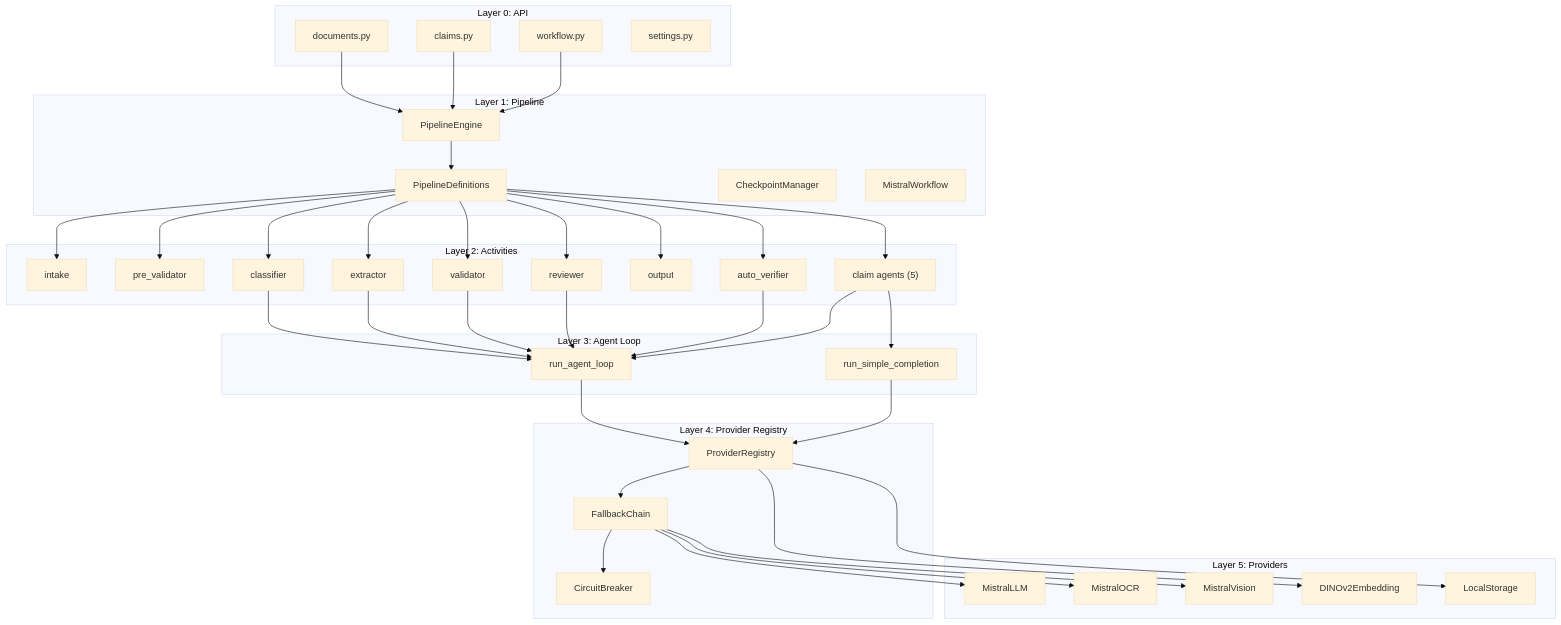
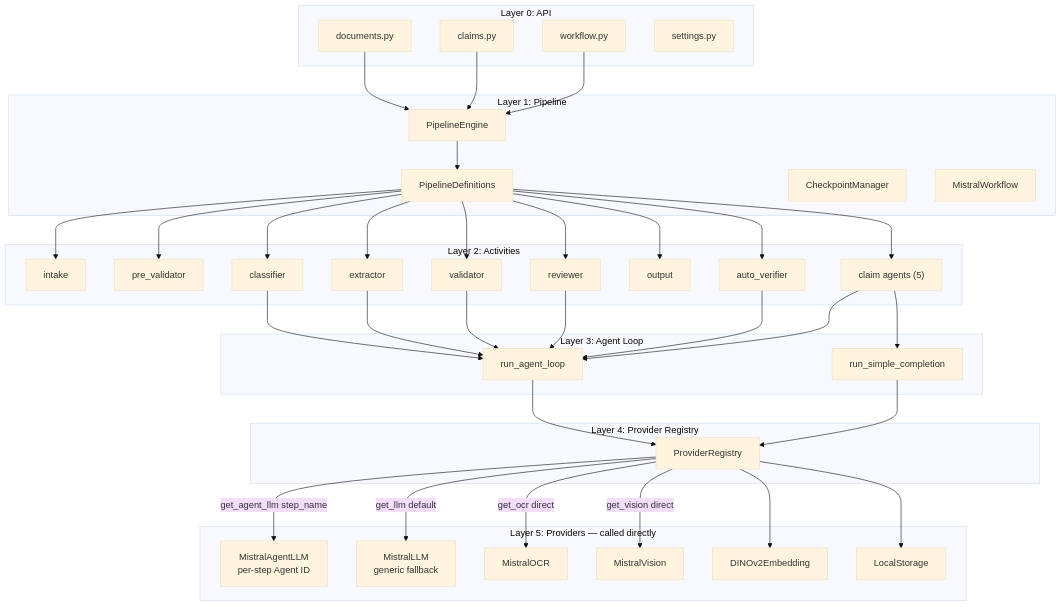
Before and after one commit to YASHGUPTA9063/Document-Ai: the fifth of 12 diagrams in complete_project v2.md, drawn with Mermaid (base theme). The commit also changed other lines of this file and 1 other file, not shown here.

Commit message:
refactor: remove FallbackChain and implement direct provider routing with MistralAgentLLM for per-step agent execution.

````diff
--- a/complete_project v2.md
+++ b/complete_project v2.md
@@ -789,61 +793,61 @@
 ```mermaid
 graph TB
     subgraph "Layer 0: API"
         R1[documents.py]
         R2[claims.py]
         R3[workflow.py]
         R4[settings.py]
     end
     
     subgraph "Layer 1: Pipeline"
         PE[PipelineEngine]
         PD[PipelineDefinitions]
         CP[CheckpointManager]
         MW[MistralWorkflow]
     end
     
     subgraph "Layer 2: Activities"
         A1[intake]
         A2[pre_validator]
         A3[classifier]
         A4[extractor]
         A5[validator]
         A6[reviewer]
         A7[output]
         A8[auto_verifier]
         A9["claim agents (5)"]
     end
     
     subgraph "Layer 3: Agent Loop"
         AL[run_agent_loop]
         SC[run_simple_completion]
     end
     
     subgraph "Layer 4: Provider Registry"
         REG[ProviderRegistry]
-        FC[FallbackChain]
-        CB2[CircuitBreaker]
     end
     
-    subgraph "Layer 5: Providers"
-        P1[MistralLLM]
+    subgraph "Layer 5: Providers — called directly"
+        P0[MistralAgentLLM<br/>per-step Agent ID]
+        P1[MistralLLM<br/>generic fallback]
         P2[MistralOCR]
         P3[MistralVision]
         P4[DINOv2Embedding]
         P5[LocalStorage]
     end
     
     R1 --> PE
     R2 --> PE
     R3 --> PE
     PE --> PD
     PD --> A1 & A2 & A3 & A4 & A5 & A6 & A7 & A8 & A9
     A3 & A4 & A5 & A6 & A8 --> AL
     A9 --> AL & SC
     AL --> REG
     SC --> REG
-    REG --> FC
-    FC --> CB2
-    FC --> P1 & P2 & P3
+    REG -->|get_agent_llm step_name| P0
+    REG -->|get_llm default| P1
+    REG -->|get_ocr direct| P2
+    REG -->|get_vision direct| P3
     REG --> P4 & P5
 ```
````
